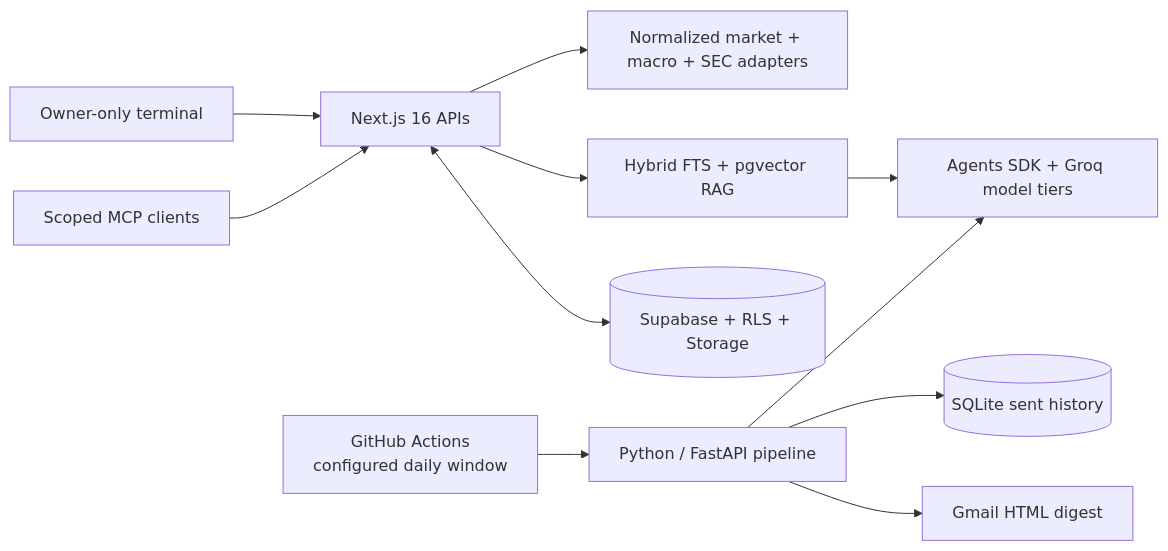
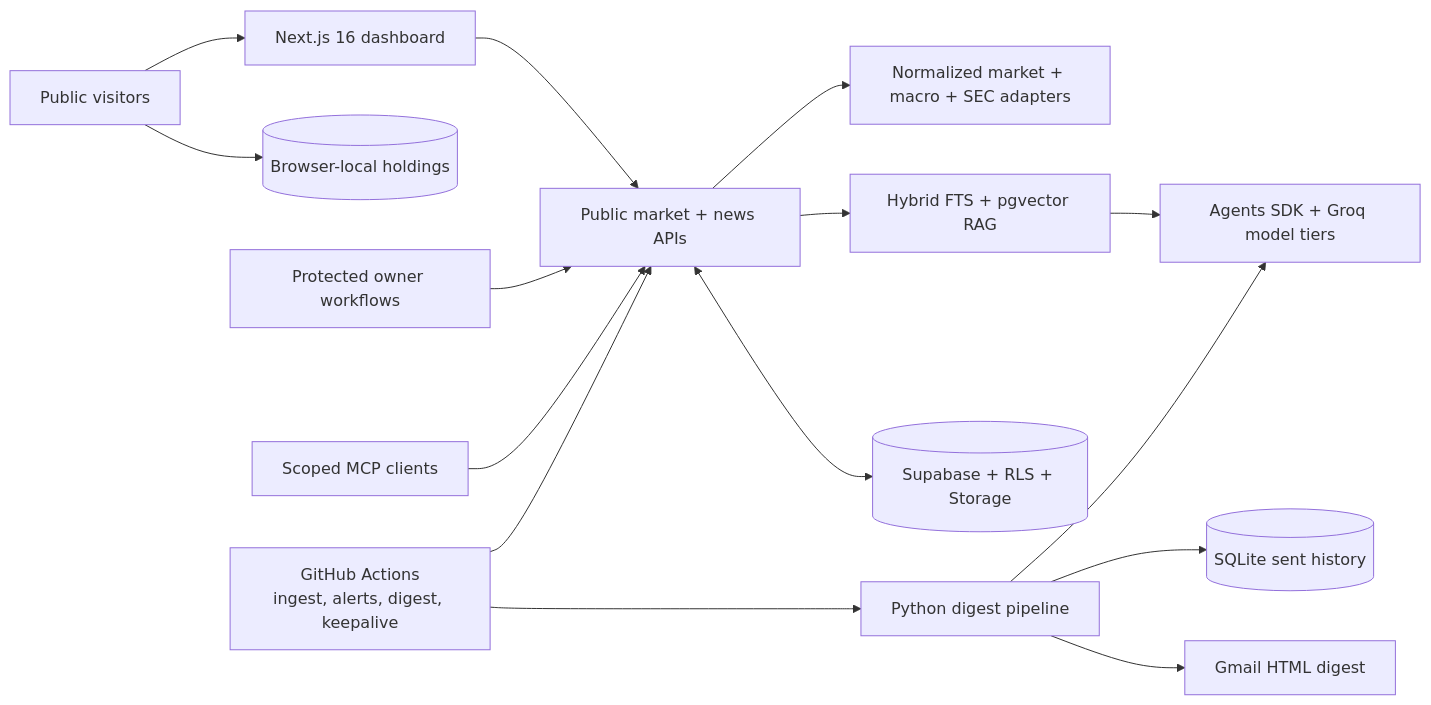
One commit to AaditHire/FinPulse changed the diagram in README.md. Above: the diagram before and after it, drawn with Mermaid. The commit also changed other lines of this file, not shown here.

Commit message:
Update README for live public demo

````diff
--- a/README.md
+++ b/README.md
@@ -18,13 +22,17 @@
 ```mermaid
 flowchart LR
-    U[Owner-only terminal] --> N[Next.js 16 APIs]
+    V[Public visitors] --> W[Next.js 16 dashboard]
+    V --> B[(Browser-local holdings)]
+    W --> N[Public market + news APIs]
+    O[Protected owner workflows] --> N
     N --> C[Normalized market + macro + SEC adapters]
     N --> R[Hybrid FTS + pgvector RAG]
     R --> G[Agents SDK + Groq model tiers]
     N <--> S[(Supabase + RLS + Storage)]
     X[Scoped MCP clients] --> N
-    A[GitHub Actions<br/>configured daily window] --> P[Python / FastAPI pipeline]
+    A[GitHub Actions<br/>ingest, alerts, digest, keepalive] --> N
+    A --> P[Python digest pipeline]
     P --> G
     P --> H[(SQLite sent history)]
     P --> M[Gmail HTML digest]
 ```
````
